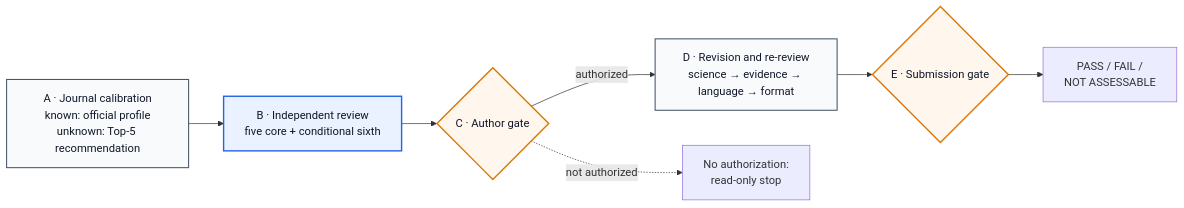
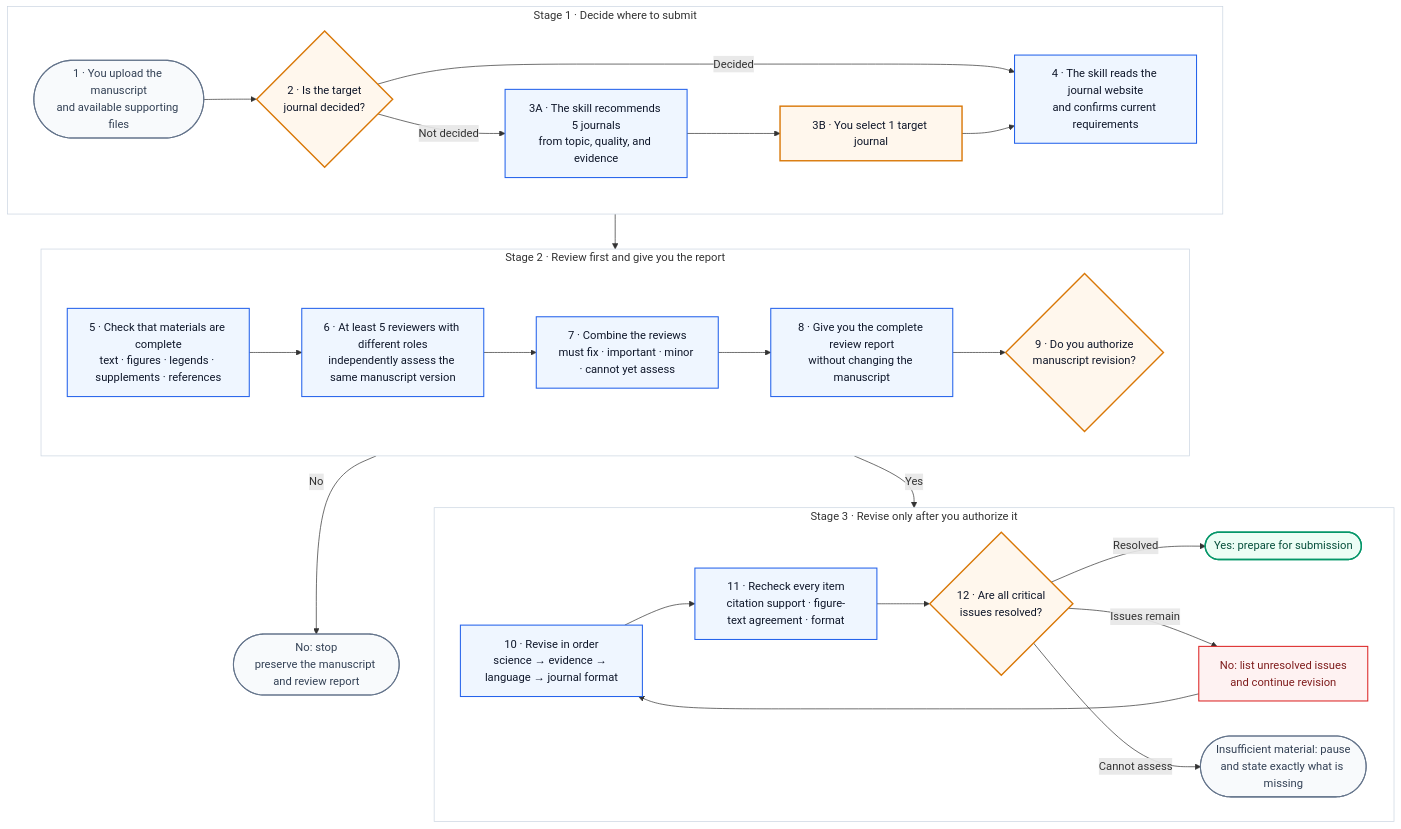
Before and after one commit to Jameslxr/manuscript-review-revision-skill: the diagram in README_EN.md, drawn with Mermaid. The commit also changed other lines of this file and 1 other file, not shown here.

Commit message:
Clarify the manuscript workflow for first-time users (#3)

````diff
--- a/README_EN.md
+++ b/README_EN.md
@@ -62,21 +64,58 @@
 ```mermaid
-flowchart LR
-    J["A · Journal calibration<br/>known: official profile<br/>unknown: Top-5 recommendation"]
-    P["B · Independent review<br/>five core + conditional sixth"]
-    A{"C · Author gate"}
-    R["D · Revision and re-review<br/>science → evidence → language → format"]
-    G{"E · Submission gate"}
-    O["PASS / FAIL /<br/>NOT ASSESSABLE"]
-    STOP["No authorization:<br/>read-only stop"]
+flowchart TB
+    START(["1 · You upload the manuscript<br/>and available supporting files"])
+    TARGET{"2 · Is the target<br/>journal decided?"}
+    REC["3A · The skill recommends 5 journals<br/>from topic, quality, and evidence"]
+    PICK["3B · You select 1 target journal"]
+    RULES["4 · The skill reads the journal website<br/>and confirms current requirements"]
+    CHECK["5 · Check that materials are complete<br/>text · figures · legends · supplements · references"]
+    REVIEW["6 · At least 5 reviewers with different roles<br/>independently assess the same manuscript version"]
+    SUMMARY["7 · Combine the reviews<br/>must fix · important · minor · cannot yet assess"]
+    REPORT["8 · Give you the complete review report<br/>without changing the manuscript"]
+    AUTH{"9 · Do you authorize<br/>manuscript revision?"}
+    STOP(["No: stop<br/>preserve the manuscript and review report"])
+    REVISE["10 · Revise in order<br/>science → evidence → language → journal format"]
+    VERIFY["11 · Recheck every item<br/>citation support · figure-text agreement · format"]
+    READY{"12 · Are all critical<br/>issues resolved?"}
+    PASS(["Yes: prepare for submission"])
+    RETURN["No: list unresolved issues<br/>and continue revision"]
+    MISSING(["Insufficient material: pause<br/>and state exactly what is missing"])
 
-    J --> P --> A
-    A -- "authorized" --> R --> G --> O
-    A -. "not authorized" .-> STOP
+    subgraph S1["Stage 1 · Decide where to submit"]
+        direction LR
+        START --> TARGET
+        TARGET -- "Decided" --> RULES
+        TARGET -- "Not decided" --> REC --> PICK --> RULES
+    end
 
-    classDef review fill:#EAF2FF,stroke:#2563EB,stroke-width:2px,color:#0F172A;
-    classDef gate fill:#FFF7ED,stroke:#D97706,stroke-width:2px,color:#0F172A;
-    classDef phase fill:#F8FAFC,stroke:#475569,stroke-width:1.5px,color:#0F172A;
-    class J,R phase;
-    class P review;
-    class A,G gate;
+    subgraph S2["Stage 2 · Review first and give you the report"]
+        direction LR
+        CHECK --> REVIEW --> SUMMARY --> REPORT --> AUTH
+    end
+
+    subgraph S3["Stage 3 · Revise only after you authorize it"]
+        direction LR
+        REVISE --> VERIFY --> READY
+        READY -- "Resolved" --> PASS
+        READY -- "Issues remain" --> RETURN --> REVISE
+        READY -- "Cannot assess" --> MISSING
+    end
+
+    RULES --> CHECK
+    AUTH -- "No" --> STOP
+    AUTH -- "Yes" --> REVISE
+
+    classDef user fill:#FFF7ED,stroke:#D97706,stroke-width:2px,color:#0F172A;
+    classDef skill fill:#EFF6FF,stroke:#2563EB,stroke-width:1.5px,color:#0F172A;
+    classDef success fill:#ECFDF5,stroke:#059669,stroke-width:2px,color:#064E3B;
+    classDef stop fill:#F8FAFC,stroke:#64748B,stroke-width:1.5px,color:#334155;
+    classDef problem fill:#FEF2F2,stroke:#DC2626,stroke-width:1.5px,color:#7F1D1D;
+    class TARGET,PICK,AUTH,READY user;
+    class REC,RULES,CHECK,REVIEW,SUMMARY,REPORT,REVISE,VERIFY skill;
+    class PASS success;
+    class START,STOP,MISSING stop;
+    class RETURN problem;
+    style S1 fill:#FFFFFF,stroke:#CBD5E1,stroke-width:1px
+    style S2 fill:#FFFFFF,stroke:#CBD5E1,stroke-width:1px
+    style S3 fill:#FFFFFF,stroke:#CBD5E1,stroke-width:1px
 ```
````
